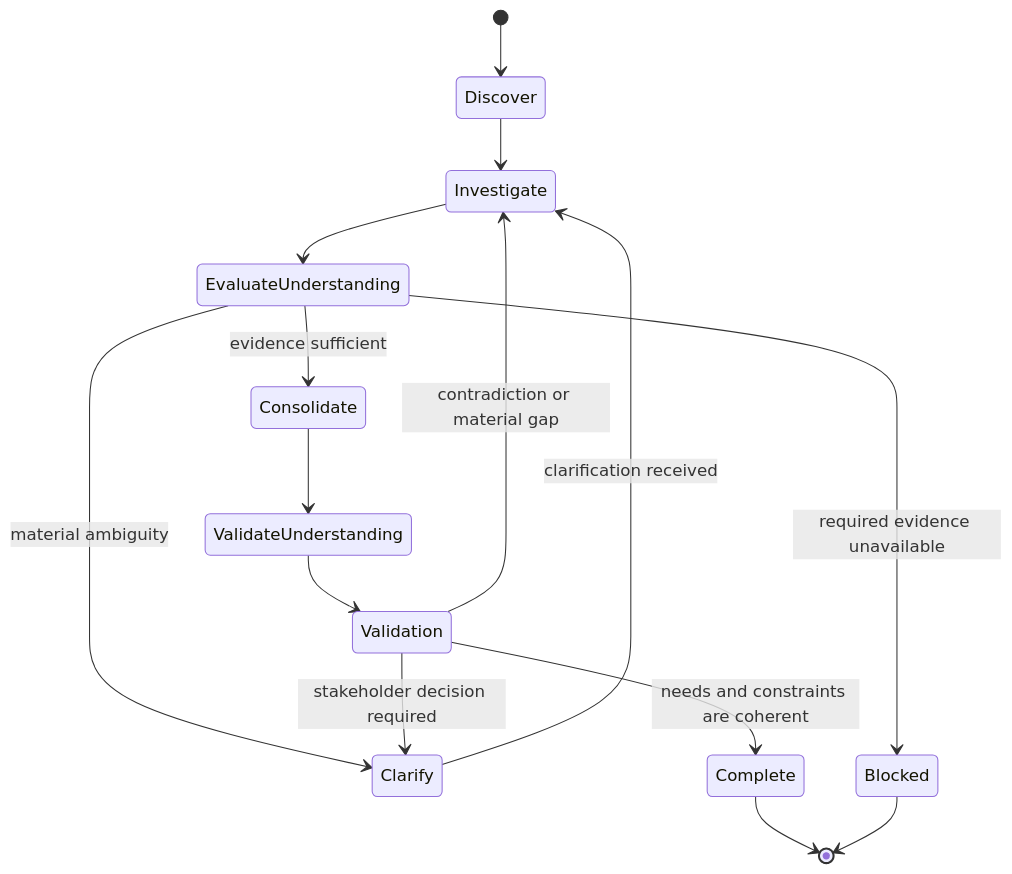
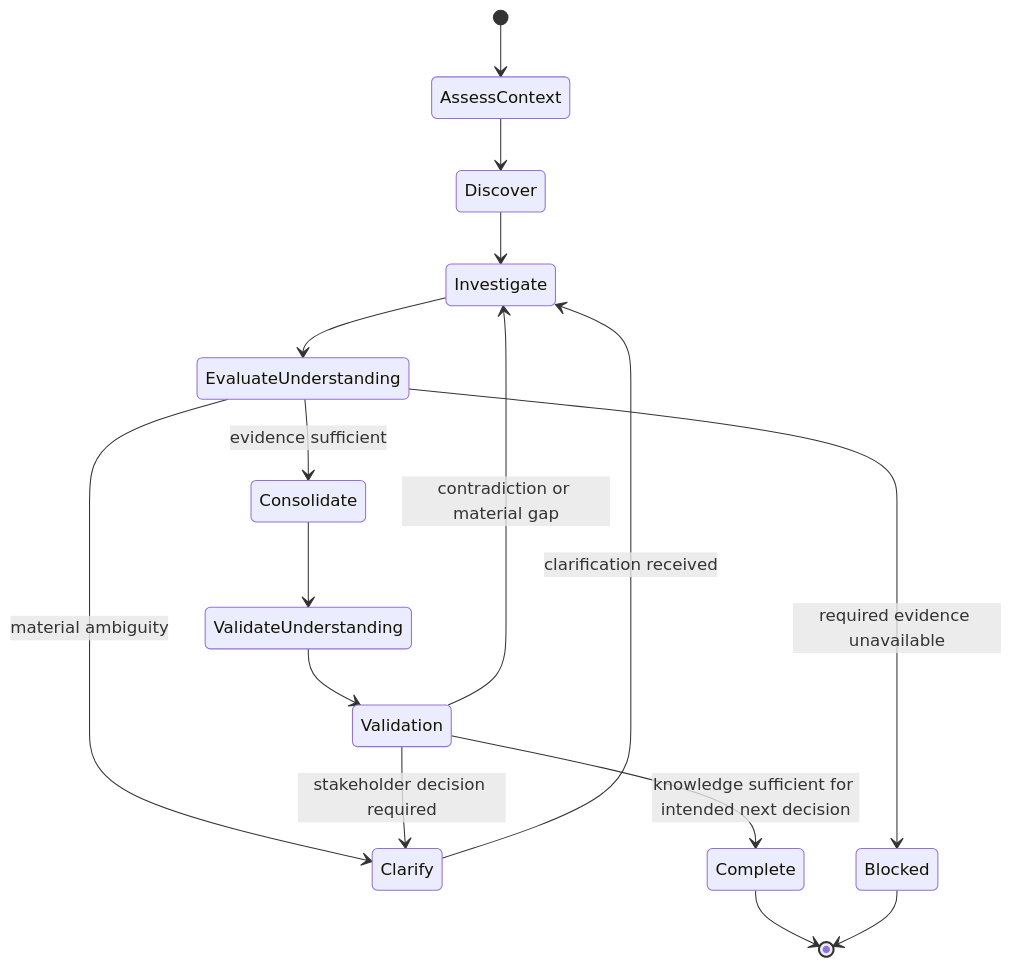
The diagram in contexts/requirements/skills/elicitation/skill.md (JadsonLucena/agent-toolkit), drawn with Mermaid before and after one commit. The commit also changed other lines of this file, not shown here.

````diff
--- a/contexts/requirements/skills/elicitation/skill.md
+++ b/contexts/requirements/skills/elicitation/skill.md
@@ -14,23 +15,24 @@
 ```mermaid
 stateDiagram-v2
-    [*] --> Discover
+    [*] --> AssessContext
+    AssessContext --> Discover
     Discover --> Investigate
     Investigate --> EvaluateUnderstanding
 
     state EvaluateUnderstanding <<choice>>
     EvaluateUnderstanding --> Clarify: material ambiguity
     EvaluateUnderstanding --> Consolidate: evidence sufficient
     EvaluateUnderstanding --> Blocked: required evidence unavailable
 
     Clarify --> Investigate: clarification received
     Consolidate --> ValidateUnderstanding
     ValidateUnderstanding --> Validation
 
     state Validation <<choice>>
-    Validation --> Complete: needs and constraints are coherent
+    Validation --> Complete: knowledge sufficient for intended next decision
     Validation --> Investigate: contradiction or material gap
     Validation --> Clarify: stakeholder decision required
 
     Complete --> [*]
     Blocked --> [*]
 ```
````
